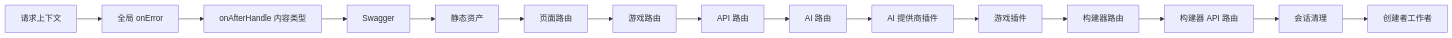
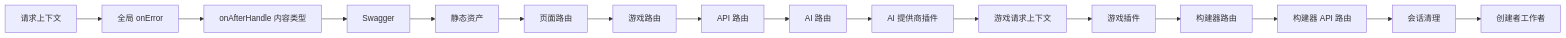
One commit to d4551/tea changed the tenth of 13 diagrams in README.md. Above: the diagram before and after it, drawn with Mermaid. The commit also changed other lines of this file and 11 other files, not shown here.

Commit message:
Add multiplayer presence and sync architecture docs

````diff
--- a/README.md
+++ b/README.md
@@ -743,17 +771,18 @@
 ```mermaid
 flowchart LR
   A["请求上下文"] --> B["全局 onError"]
   B --> C["onAfterHandle 内容类型"]
   C --> D["Swagger"]
   D --> E["静态资产"]
   E --> F["页面路由"]
   F --> G["游戏路由"]
   G --> H["API 路由"]
   H --> I["AI 路由"]
   I --> J["AI 提供商插件"]
-  J --> K["游戏插件"]
-  K --> L["构建器路由"]
-  L --> M["构建器 API 路由"]
-  M --> N["会话清理"]
-  N --> O["创建者工作者"]
+  J --> K["游戏请求上下文"]
+  K --> L["游戏插件"]
+  L --> M["构建器路由"]
+  M --> N["构建器 API 路由"]
+  N --> O["会话清理"]
+  O --> P["创建者工作者"]
 ```
````
